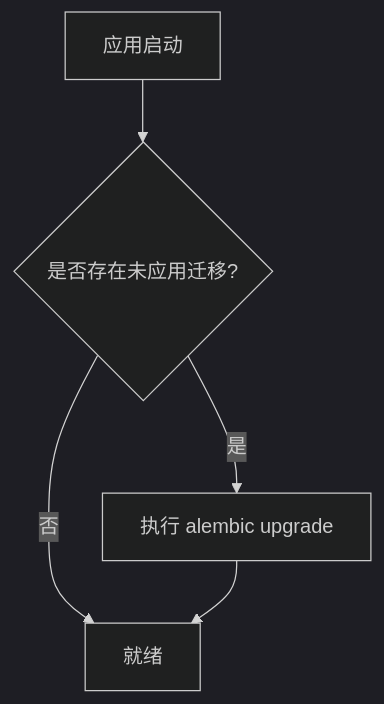
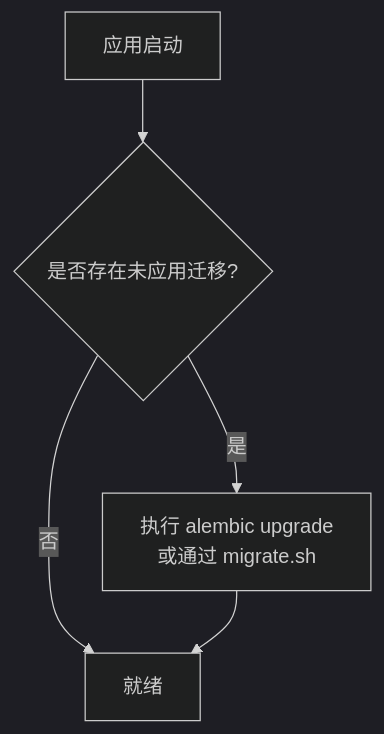
The sixth of 9 diagrams in .qoder/repowiki/zh/content/部署配置/部署配置.md (vu1Art1st/talos), drawn with Mermaid (dark theme) before and after one commit. The commit also changed other lines of this file and 132 other files, not shown here.

````diff
--- a/.qoder/repowiki/zh/content/部署配置/部署配置.md
+++ b/.qoder/repowiki/zh/content/部署配置/部署配置.md
@@ -260,7 +269,7 @@
 ```mermaid
 flowchart TD
 Init["应用启动"] --> CheckMig{"是否存在未应用迁移?"}
-CheckMig --> |是| RunMig["执行 alembic upgrade"]
+CheckMig --> |是| RunMig["执行 alembic upgrade<br/>或通过 migrate.sh"]
 CheckMig --> |否| Ready["就绪"]
 RunMig --> Ready
 ```
````
